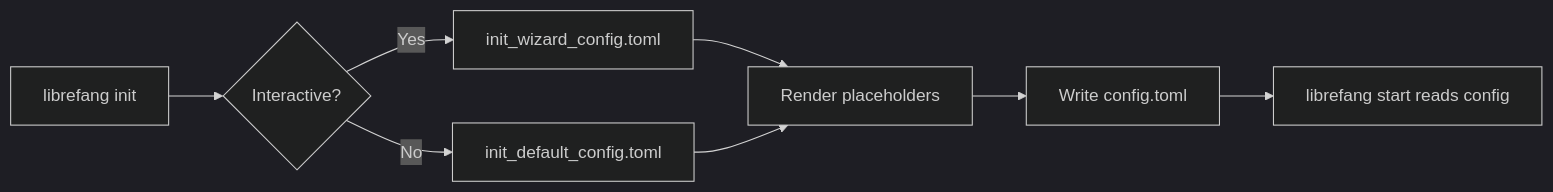
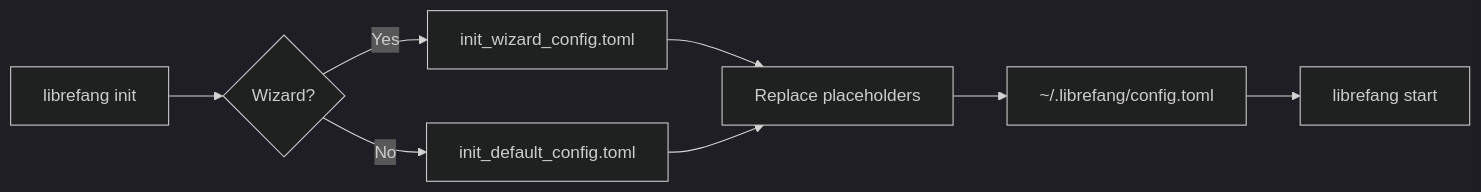
One commit to leszek3737/librefang-WIki changed the diagram in other-librefang-cli-templates.md. Above: the diagram before and after it, drawn with Mermaid (dark theme). The commit also changed other lines of this file and 125 other files, not shown here.

````diff
--- a/other-librefang-cli-templates.md
+++ b/other-librefang-cli-templates.md
@@ -36,10 +174,10 @@
 ```mermaid
 flowchart LR
-    A["librefang init"] --> B{Interactive?}
-    B -- Yes --> C["init_wizard_config.toml"]
-    B -- No --> D["init_default_config.toml"]
-    C --> E["Render placeholders"]
+    A[librefang init] --> B{Wizard?}
+    B -- Yes --> C[init_wizard_config.toml]
+    B -- No --> D[init_default_config.toml]
+    C --> E[Replace placeholders]
     D --> E
-    E --> F["Write config.toml"]
-    F --> G["librefang start reads config"]
+    E --> F["~/.librefang/config.toml"]
+    F --> G[librefang start]
 ```
````
